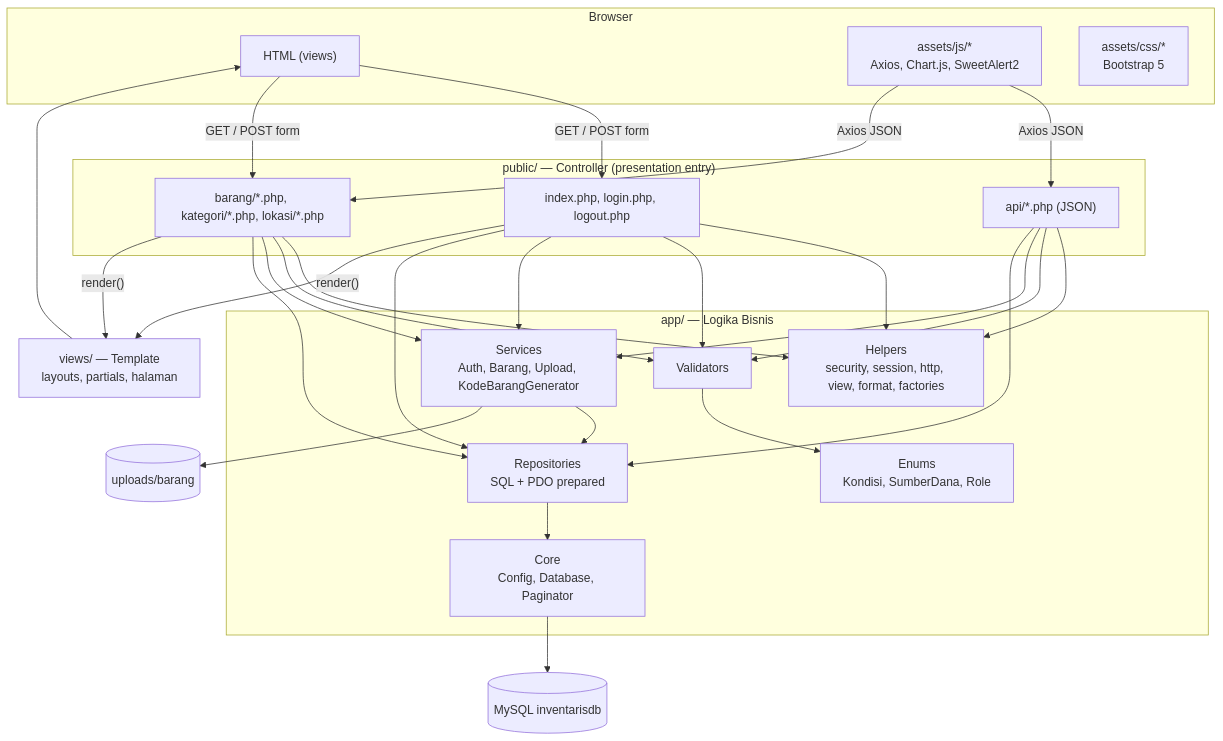
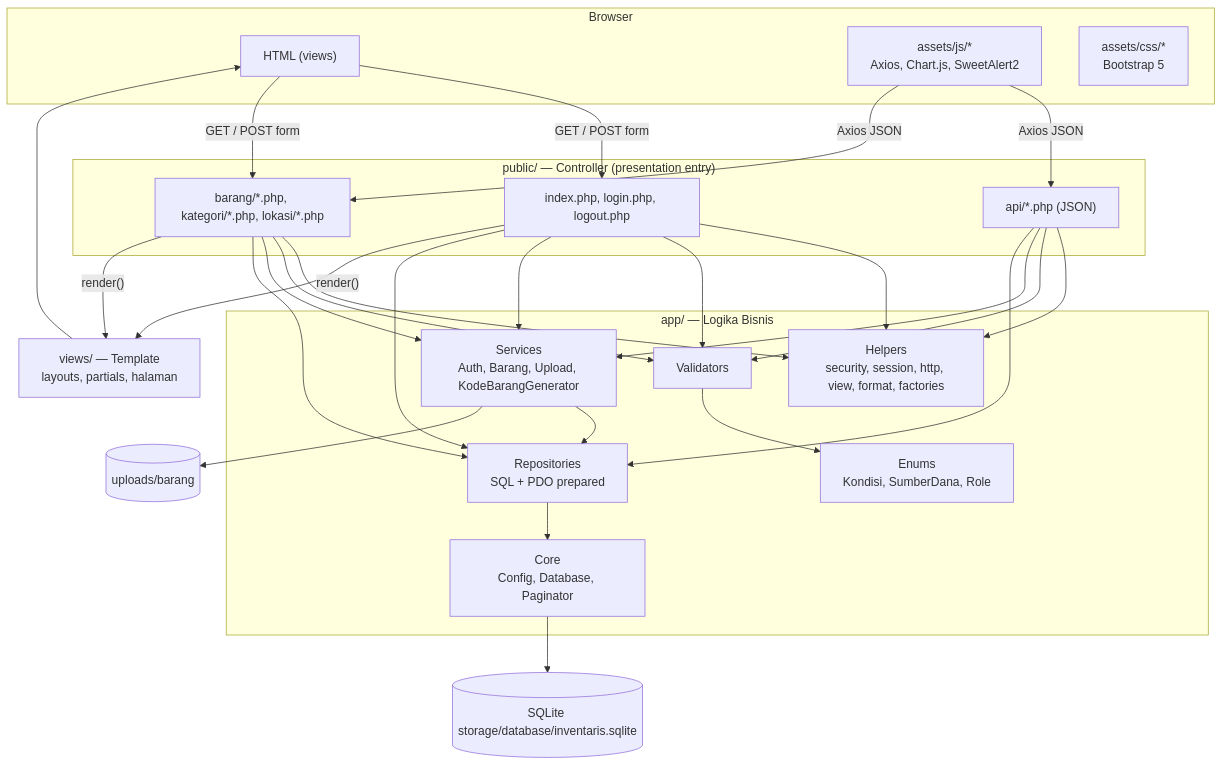
One commit to Pudidil-dev/sistem_inventaris changed the first of 12 diagrams in docs/03-ARSITEKTUR-DAN-FLOW.md. Above: the diagram before and after it, drawn with Mermaid. The commit also changed other lines of this file and 14 other files, not shown here.

Commit message:
docs: sesuaikan dokumentasi dengan database SQLite

````diff
--- a/docs/03-ARSITEKTUR-DAN-FLOW.md
+++ b/docs/03-ARSITEKTUR-DAN-FLOW.md
@@ -21,41 +21,41 @@
 ```mermaid
 flowchart TB
     subgraph Browser
         HTML["HTML (views)"]
         JS["assets/js/*<br/>Axios, Chart.js, SweetAlert2"]
         CSS["assets/css/*<br/>Bootstrap 5"]
     end
 
     subgraph Public["public/ — Controller (presentation entry)"]
         C1["index.php, login.php, logout.php"]
         C2["barang/*.php, kategori/*.php, lokasi/*.php"]
         C3["api/*.php (JSON)"]
     end
 
     subgraph App["app/ — Logika Bisnis"]
         H["Helpers<br/>security, session, http, view, format, factories"]
         V["Validators"]
         S["Services<br/>Auth, Barang, Upload, KodeBarangGenerator"]
         R["Repositories<br/>SQL + PDO prepared"]
         CORE["Core<br/>Config, Database, Paginator"]
         EN["Enums<br/>Kondisi, SumberDana, Role"]
     end
 
     VIEWS["views/ — Template<br/>layouts, partials, halaman"]
-    DB[("MySQL inventarisdb")]
+    DB[("SQLite storage/database/inventaris.sqlite")]
     FS[("uploads/barang")]
 
     HTML -- "GET / POST form" --> C1 & C2
     JS -- "Axios JSON" --> C3 & C2
     C1 & C2 & C3 --> H
     C1 & C2 & C3 --> V
     C1 & C2 & C3 --> S
     C1 & C2 & C3 --> R
     S --> R
     S --> FS
     V --> EN
     R --> CORE
     CORE --> DB
     C1 & C2 -- "render()" --> VIEWS
     VIEWS --> HTML
 ```
````
